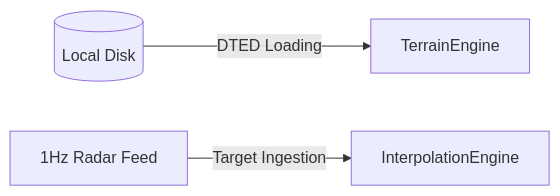
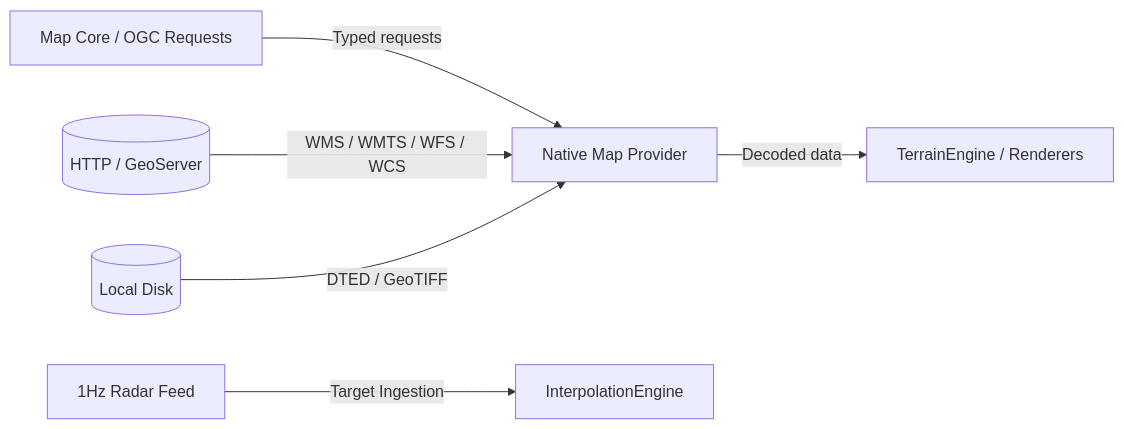
Before and after one commit to rodoni/olayer: the diagram in docs/sdk/native/native_map_data_stack/arch.md, drawn with Mermaid. The commit also changed other lines of this file and 45 other files, not shown here.

Commit message:
feat(map): add shared OGC map provider core

````diff
--- a/docs/sdk/native/native_map_data_stack/arch.md
+++ b/docs/sdk/native/native_map_data_stack/arch.md
@@ -11,5 +13,8 @@
 ```mermaid
 graph LR
-    Disk[(Local Disk)] -->|DTED Loading| TE[TerrainEngine]
+    MC[Map Core / OGC Requests] -->|Typed requests| MP[Native Map Provider]
+    HTTP[(HTTP / GeoServer)] -->|WMS / WMTS / WFS / WCS| MP
+    Disk[(Local Disk)] -->|DTED / GeoTIFF| MP
+    MP -->|Decoded data| TE[TerrainEngine / Renderers]
     Feed[1Hz Radar Feed] -->|Target Ingestion| IE[InterpolationEngine]
 ```
````
